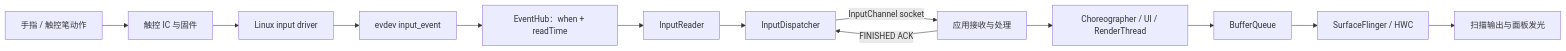
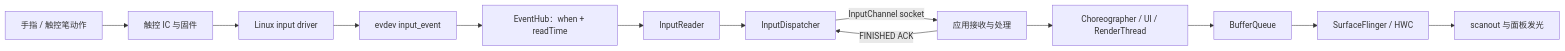
Before and after one commit to Gracker/android-internals-wiki: the diagram in src/part1-fundamentals/ch03-input/09-input-latency-budget-perception.md, drawn with Mermaid. The commit also changed other lines of this file and 4 other files, not shown here.

````diff
--- a/src/part1-fundamentals/ch03-input/09-input-latency-budget-perception.md
+++ b/src/part1-fundamentals/ch03-input/09-input-latency-budget-perception.md
@@ -69,15 +69,15 @@
 ```mermaid
 flowchart LR
     PHY["手指 / 触控笔动作"] --> IC["触控 IC 与固件"]
     IC --> KD["Linux input driver"]
     KD --> EV["evdev input_event"]
     EV --> EH["EventHub：when + readTime"]
     EH --> IR["InputReader"]
     IR --> ID["InputDispatcher"]
     ID -->|InputChannel socket| APP["应用接收与处理"]
     APP -->|FINISHED ACK| ID
     APP --> CH["Choreographer / UI / RenderThread"]
     CH --> BQ["BufferQueue"]
     BQ --> SF["SurfaceFlinger / HWC"]
-    SF --> PANEL["扫描输出与面板发光"]
+    SF --> PANEL["scanout 与面板发光"]
 ```
````
